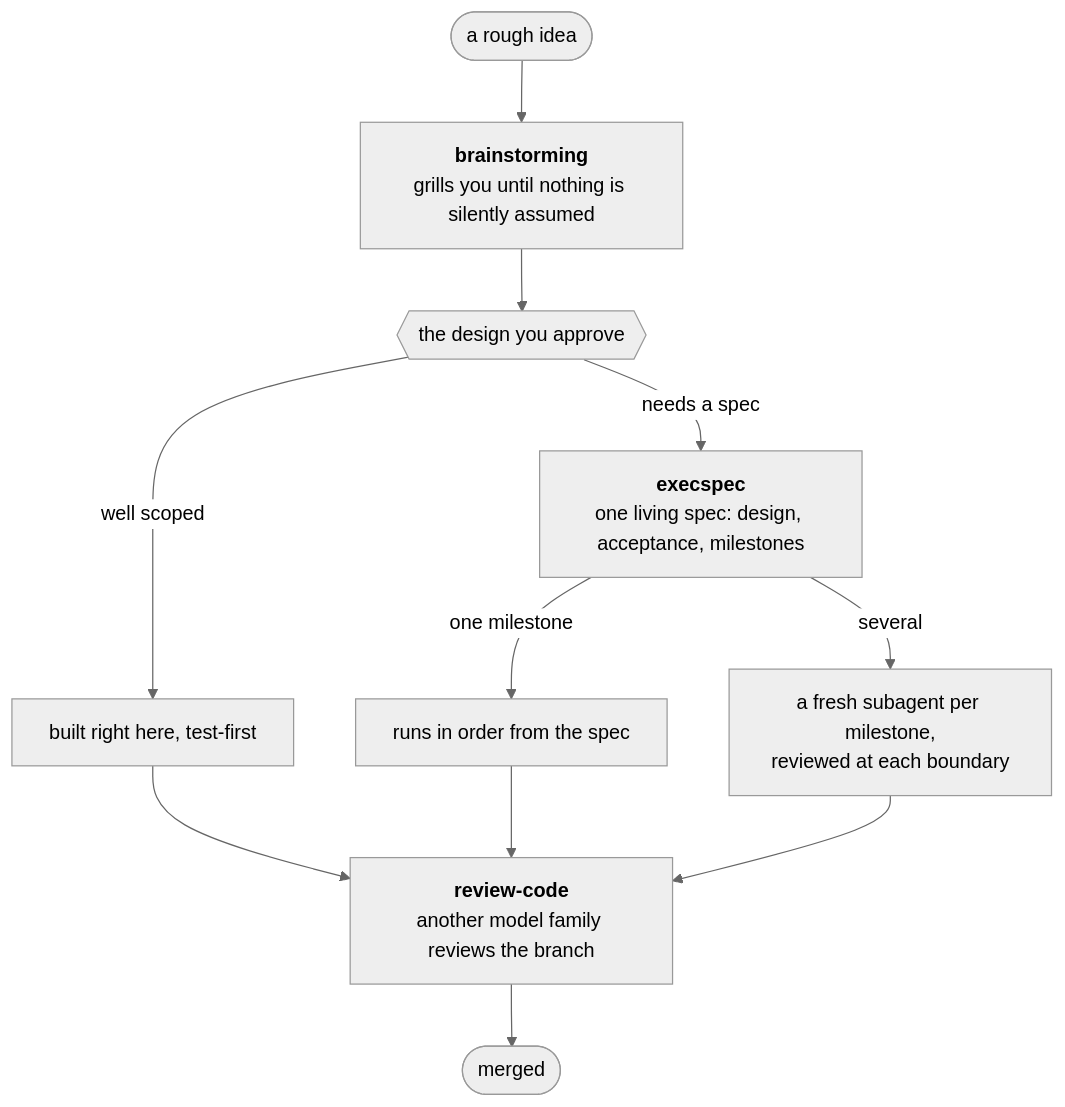
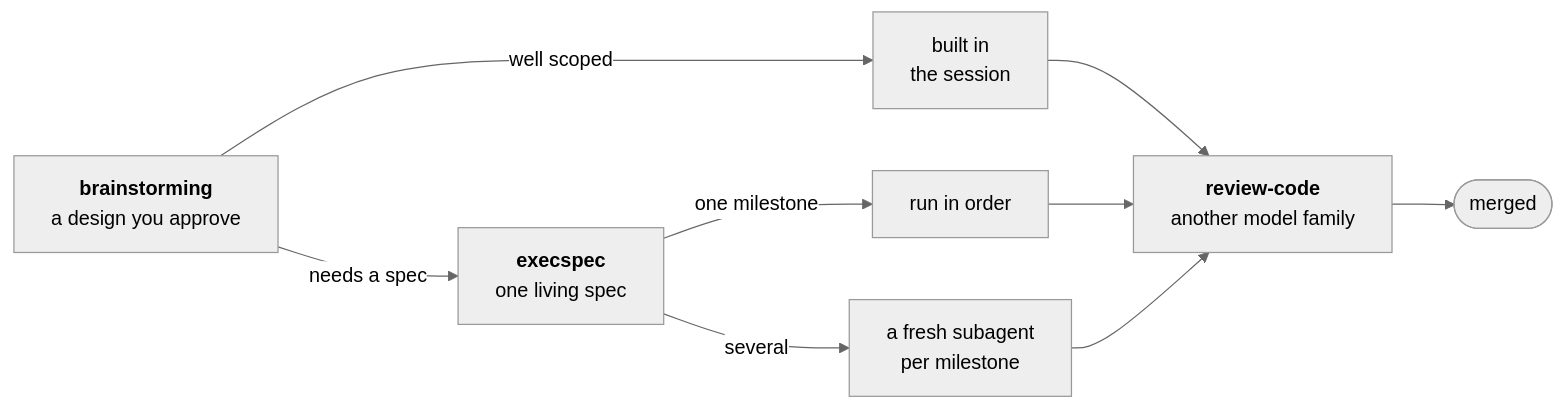
Before and after one commit to SSFSKIM/doperpowers: the first of 2 diagrams in README.md, drawn with Mermaid (neutral theme).

Commit message:
README: the method's diagram, left to right with short labels
Sminos-Session: doperpowers-0f#58105b0a (doperpowers on macbook)

````diff
--- a/README.md
+++ b/README.md
@@ -24,13 +24,12 @@
 ```mermaid
-flowchart TD
-    idea([a rough idea]) --> grill["<b>brainstorming</b><br/>grills you until nothing is silently assumed"]
-    grill --> design{{"the design you approve"}}
-    design -- "well scoped" --> here["built right here, test-first"]
-    design -- "needs a spec" --> spec["<b>execspec</b><br/>one living spec: design, acceptance, milestones"]
-    spec -- "one milestone" --> inorder["runs in order from the spec"]
-    spec -- "several" --> fresh["a fresh subagent per milestone,<br/>reviewed at each boundary"]
-    here --> review["<b>review-code</b><br/>another model family reviews the branch"]
+flowchart LR
+    grill["<b>brainstorming</b><br/>a design you approve"]
+    grill -- "well scoped" --> here["built in<br/>the session"]
+    grill -- "needs a spec" --> spec["<b>execspec</b><br/>one living spec"]
+    spec -- "one milestone" --> inorder["run in order"]
+    spec -- "several" --> fresh["a fresh subagent<br/>per milestone"]
+    here --> review["<b>review-code</b><br/>another model family"]
     inorder --> review
     fresh --> review
     review --> merged([merged])
 ```
````
